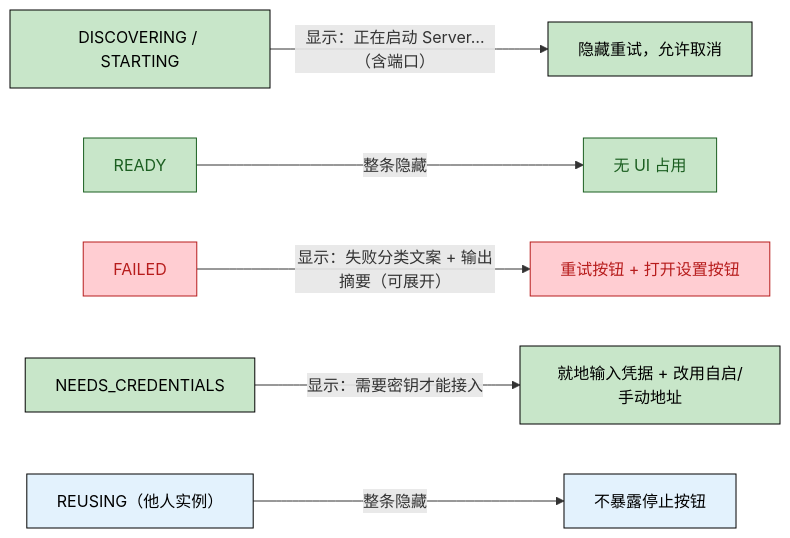
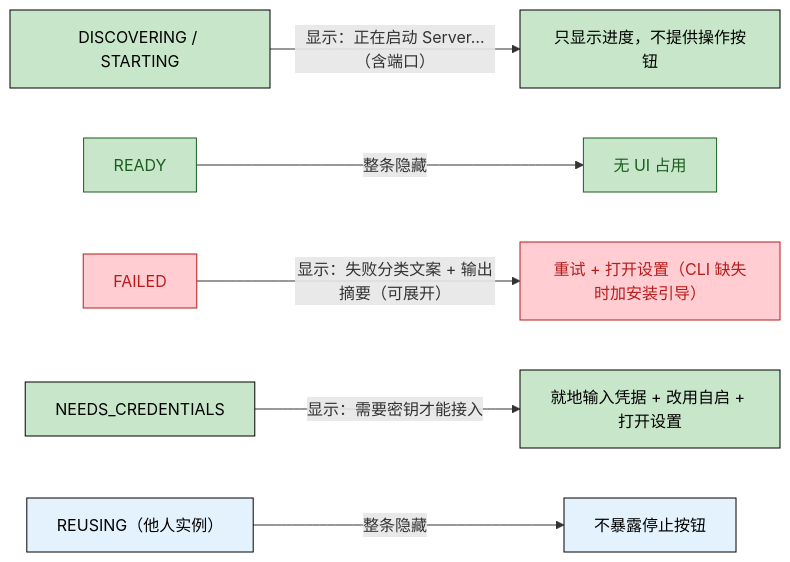
Before and after one commit to ayongw/idea-agent-panel: the third of 3 diagrams in docs/tsd/TSD-31-进程与连接管理方案.md, drawn with Mermaid. The commit also changed other lines of this file and 3 other files, not shown here.

````diff
--- a/docs/tsd/TSD-31-进程与连接管理方案.md
+++ b/docs/tsd/TSD-31-进程与连接管理方案.md
@@ -375,19 +376,19 @@
 ```mermaid
 flowchart LR
   classDef std fill:#e3f2fd,color:#000000,stroke:#000000
   classDef chg fill:#c8e6c9,color:#000000,stroke:#000000
   classDef err fill:#ffcdd2,color:#b71c1c,stroke:#b71c1c
   classDef okn fill:#c8e6c9,color:#1b5e20,stroke:#1b5e20
 
   D["DISCOVERING / STARTING"]:::chg
   R["READY"]:::okn
   F["FAILED"]:::err
   N["NEEDS_CREDENTIALS"]:::chg
   X["REUSING（他人实例）"]:::std
 
-  D -->|"显示：正在启动 Server…（含端口）"| D1["隐藏重试，允许取消"]:::chg
+  D -->|"显示：正在启动 Server…（含端口）"| D1["只显示进度，不提供操作按钮"]:::chg
   X -->|"整条隐藏"| X1["不暴露停止按钮"]:::std
-  N -->|"显示：需要密钥才能接入"| N1["就地输入凭据 + 改用自启/手动地址"]:::chg
+  N -->|"显示：需要密钥才能接入"| N1["就地输入凭据 + 改用自启 + 打开设置"]:::chg
   R -->|"整条隐藏"| R1["无 UI 占用"]:::okn
-  F -->|"显示：失败分类文案 + 输出摘要（可展开）"| F1["重试按钮 + 打开设置按钮"]:::err
+  F -->|"显示：失败分类文案 + 输出摘要（可展开）"| F1["重试 + 打开设置（CLI 缺失时加安装引导）"]:::err
 ```
````
